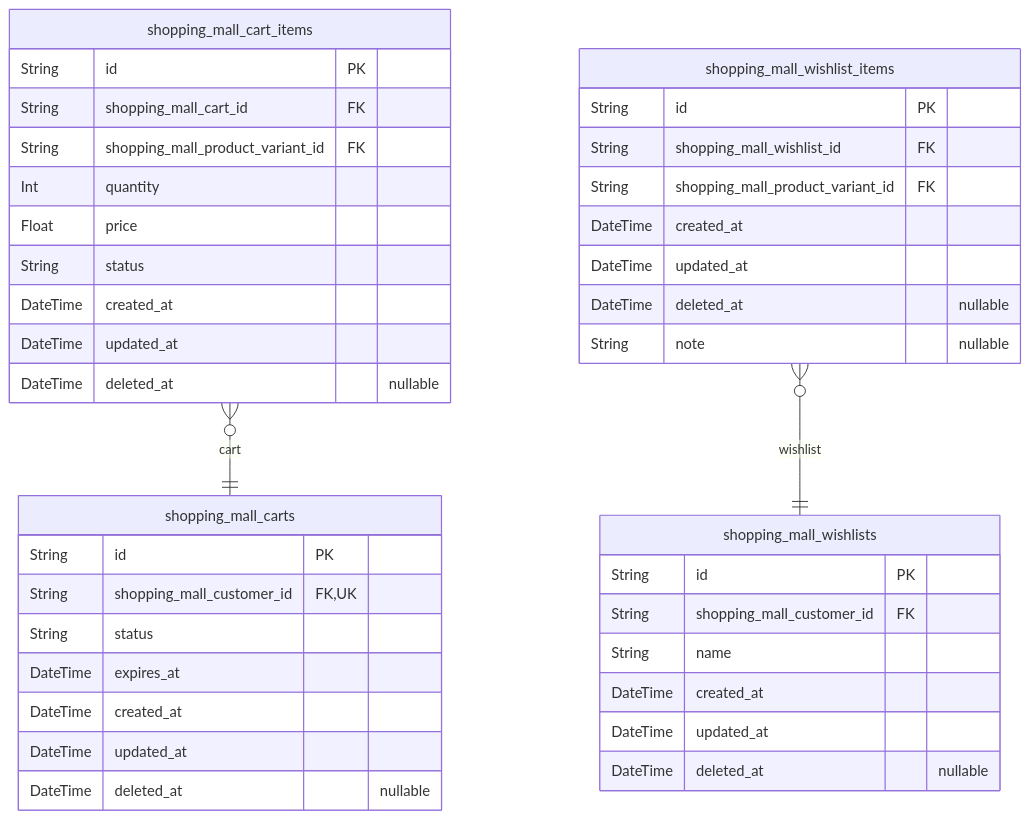
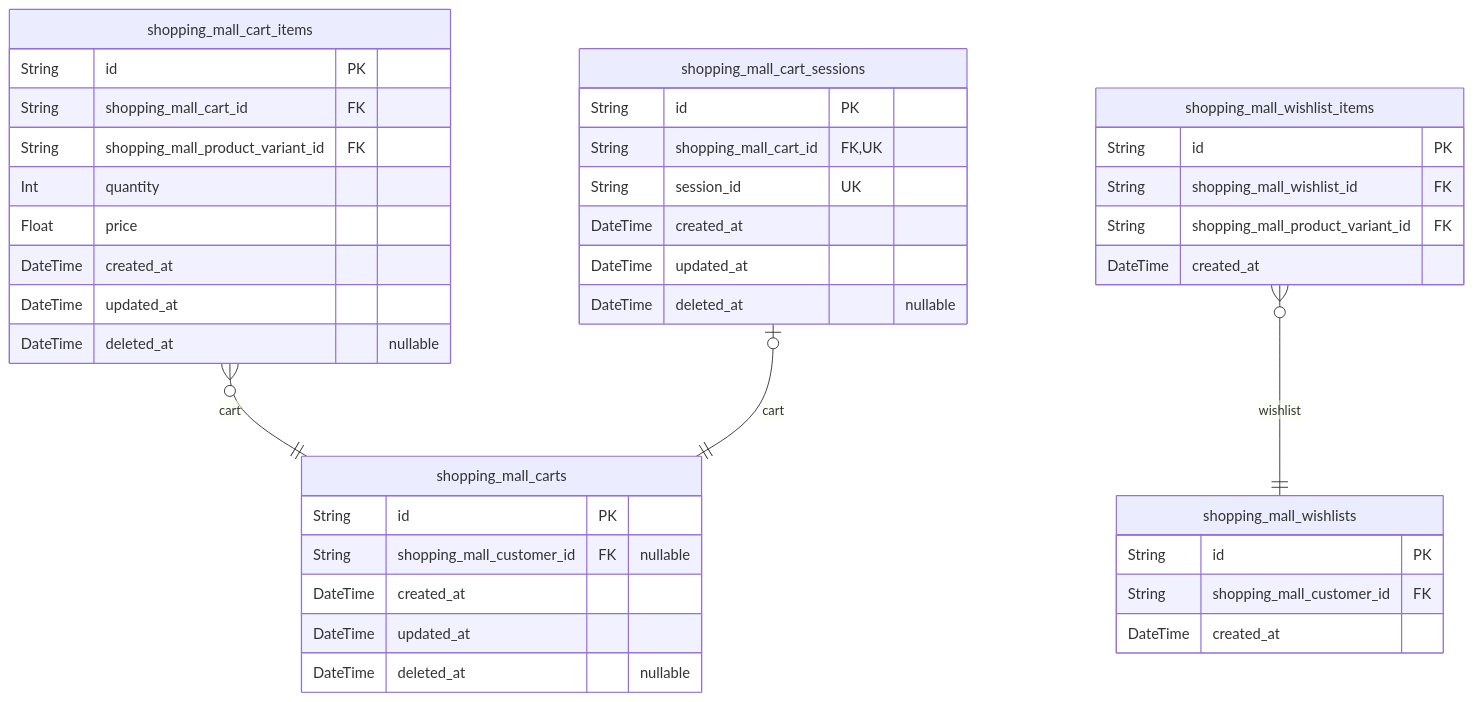
Before and after one commit to wrtnlabs/autobe-examples: the fifth of 11 diagrams in qwen/qwen3-next-80b-a3b-instruct/shopping/docs/ERD.md, drawn with Mermaid. The commit also changed other lines of this file and 6988 other files, not shown here.

````diff
--- a/qwen/qwen3-next-80b-a3b-instruct/shopping/docs/ERD.md
+++ b/qwen/qwen3-next-80b-a3b-instruct/shopping/docs/ERD.md
@@ -823,42 +1834,42 @@
 ```mermaid
 erDiagram
 "shopping_mall_carts" {
   String id PK
-  String shopping_mall_customer_id FK,UK
-  String status
-  DateTime expires_at
+  String shopping_mall_customer_id FK "nullable"
   DateTime created_at
   DateTime updated_at
   DateTime deleted_at "nullable"
 }
 "shopping_mall_cart_items" {
   String id PK
   String shopping_mall_cart_id FK
   String shopping_mall_product_variant_id FK
   Int quantity
   Float price
-  String status
   DateTime created_at
   DateTime updated_at
   DateTime deleted_at "nullable"
 }
 "shopping_mall_wishlists" {
   String id PK
   String shopping_mall_customer_id FK
-  String name
   DateTime created_at
-  DateTime updated_at
-  DateTime deleted_at "nullable"
 }
 "shopping_mall_wishlist_items" {
   String id PK
   String shopping_mall_wishlist_id FK
   String shopping_mall_product_variant_id FK
   DateTime created_at
+}
+"shopping_mall_cart_sessions" {
+  String id PK
+  String shopping_mall_cart_id FK,UK
+  String session_id UK
+  DateTime created_at
   DateTime updated_at
   DateTime deleted_at "nullable"
-  String note "nullable"
 }
 "shopping_mall_cart_items" }o--|| "shopping_mall_carts" : cart
 "shopping_mall_wishlist_items" }o--|| "shopping_mall_wishlists" : wishlist
+"shopping_mall_cart_sessions" |o--|| "shopping_mall_carts" : cart
 ```
````
